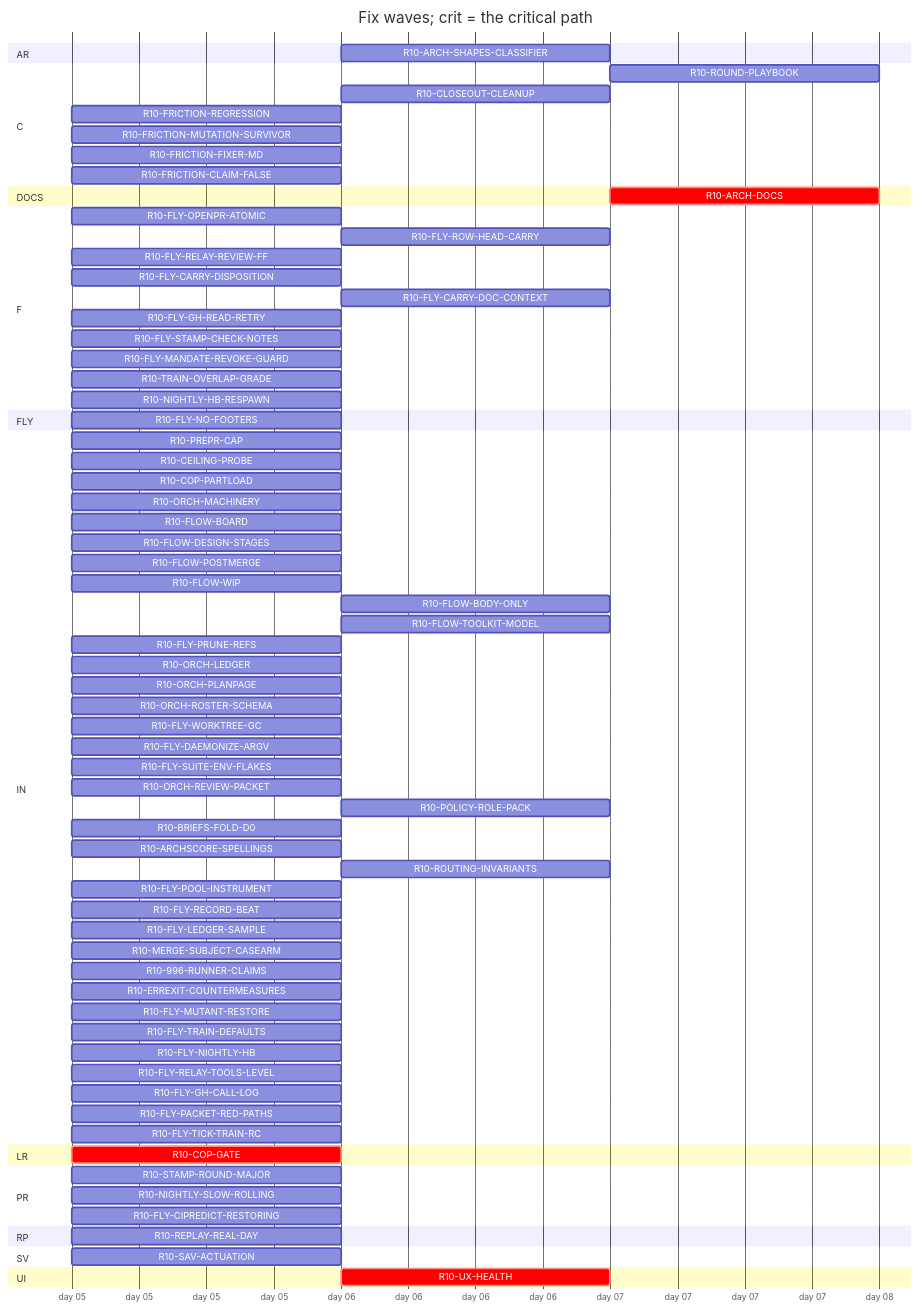
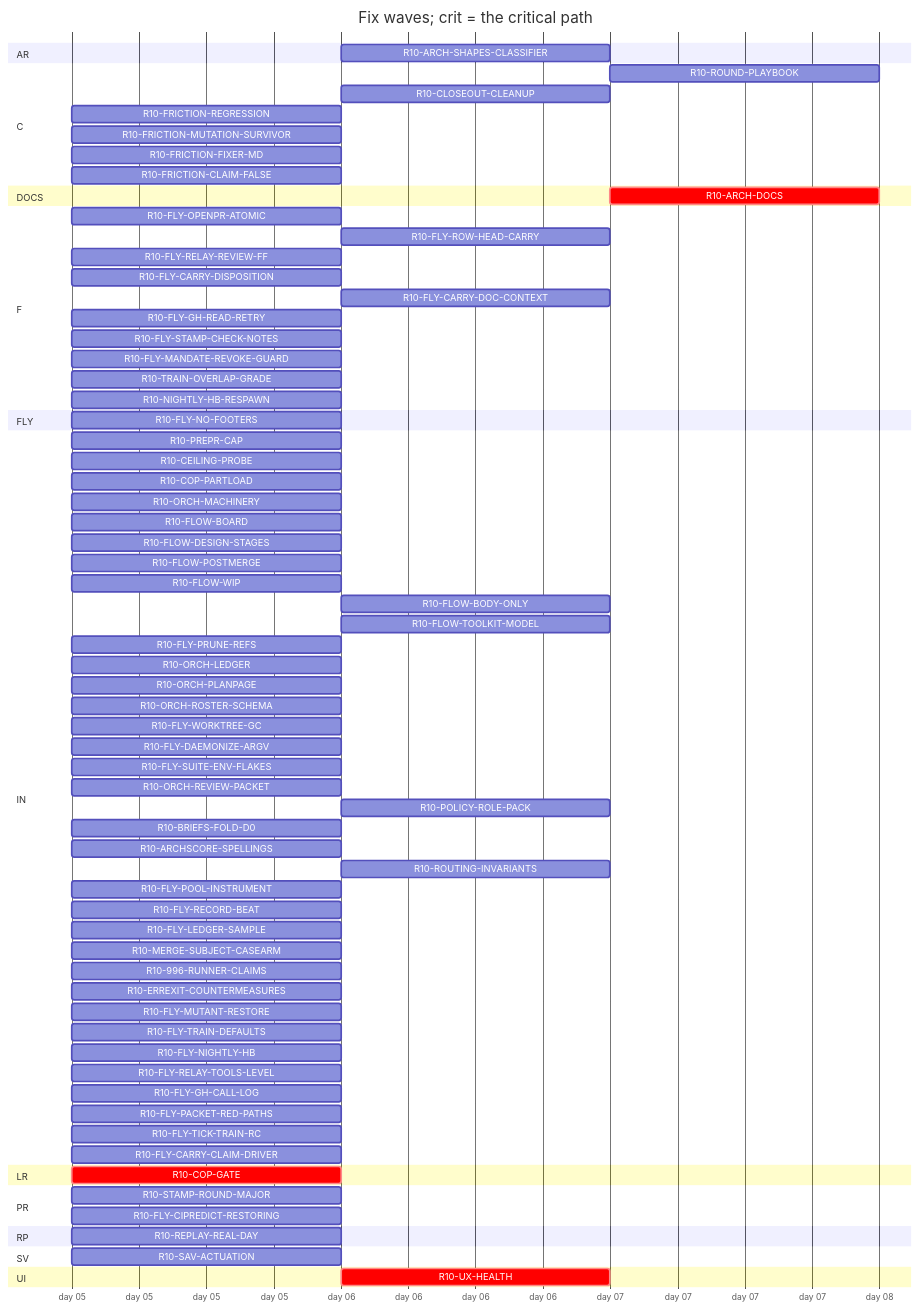
Before and after one commit to tvofi/heatpump_optimizer: the diagram in handoff/round10/state/PLAN-TABLE.md, drawn with Mermaid. The commit also changed other lines of this file and 3 other files, not shown here.

Commit message:
state: FLOW-BOARD.md, NEXT-SESSION-PROMPT.md, PLAN-TABLE.md, RESUME-CURRENT.md regenerated (state_docs.py)

````diff
--- a/handoff/round10/state/PLAN-TABLE.md
+++ b/handoff/round10/state/PLAN-TABLE.md
@@ -24,78 +24,78 @@
 ```mermaid
 gantt
   title Fix waves; crit = the critical path
   dateFormat YYYY-MM-DD
   axisFormat day %d
   section AR
     R10-ARCH-SHAPES-CLASSIFIER :r10ARCHSHAPESCLASSIFIER, after r10996RUNNERCLAIMS, 1d
   section C
     R10-ROUND-PLAYBOOK :r10ROUNDPLAYBOOK, after r10ORCHLEDGER r10ORCHPLANPAGE r10FLYRELAYREVIEWFF r10FLOWBODYONLY, 1d
     R10-CLOSEOUT-CLEANUP :r10CLOSEOUTCLEANUP, after r10FLYPRUNEREFS r10FLYWORKTREEGC, 1d
     R10-FRICTION-REGRESSION :r10FRICTIONREGRESSION, 2026-01-05, 1d
     R10-FRICTION-MUTATION-SURVIVOR :r10FRICTIONMUTATIONSURVIVOR, 2026-01-05, 1d
     R10-FRICTION-FIXER-MD :r10FRICTIONFIXERMD, 2026-01-05, 1d
     R10-FRICTION-CLAIM-FALSE :r10FRICTIONCLAIMFALSE, 2026-01-05, 1d
   section DOCS
     R10-ARCH-DOCS :crit, r10ARCHDOCS, after r10COPGATE r10UXHEALTH r10CEILINGPROBE r10COPPARTLOAD r10FLOWBOARD r10FLOWDESIGNSTAGES r10FLOWPOSTMERGE r10FLOWWIP r10FLOWBODYONLY r10FLYOPENPRATOMIC r10FLYROWHEADCARRY r10FLYRELAYREVIEWFF r10FLYCARRYDISPOSITION r10FLYCARRYDOCCONTEXT r10FLOWTOOLKITMODEL r10FLYSTAMPCHECKNOTES r10FLYMANDATEREVOKEGUARD r10TRAINOVERLAPGRADE r10NIGHTLYHBRESPAWN r10FLYPRUNEREFS r10ORCHLEDGER r10ORCHPLANPAGE r10ORCHROSTERSCHEMA r10FLYWORKTREEGC r10FLYDAEMONIZEARGV r10ORCHREVIEWPACKET r10POLICYROLEPACK r10BRIEFSFOLDD0 r10REPLAYREALDAY r10ARCHSCORESPELLINGS r10SAVACTUATION r10FLYLEDGERSAMPLE, 1d
   section F
     R10-FLY-OPENPR-ATOMIC :r10FLYOPENPRATOMIC, 2026-01-05, 1d
     R10-FLY-ROW-HEAD-CARRY :r10FLYROWHEADCARRY, after r10FLYOPENPRATOMIC, 1d
     R10-FLY-RELAY-REVIEW-FF :r10FLYRELAYREVIEWFF, 2026-01-05, 1d
     R10-FLY-CARRY-DISPOSITION :r10FLYCARRYDISPOSITION, 2026-01-05, 1d
     R10-FLY-CARRY-DOC-CONTEXT :r10FLYCARRYDOCCONTEXT, after r10FLYGHREADRETRY, 1d
     R10-FLY-GH-READ-RETRY :r10FLYGHREADRETRY, 2026-01-05, 1d
     R10-FLY-STAMP-CHECK-NOTES :r10FLYSTAMPCHECKNOTES, 2026-01-05, 1d
     R10-FLY-MANDATE-REVOKE-GUARD :r10FLYMANDATEREVOKEGUARD, 2026-01-05, 1d
     R10-TRAIN-OVERLAP-GRADE :r10TRAINOVERLAPGRADE, 2026-01-05, 1d
     R10-NIGHTLY-HB-RESPAWN :r10NIGHTLYHBRESPAWN, 2026-01-05, 1d
   section FLY
     R10-FLY-NO-FOOTERS :r10FLYNOFOOTERS, 2026-01-05, 1d
   section IN
     R10-PREPR-CAP :r10PREPRCAP, 2026-01-05, 1d
     R10-CEILING-PROBE :r10CEILINGPROBE, 2026-01-05, 1d
     R10-COP-PARTLOAD :r10COPPARTLOAD, 2026-01-05, 1d
     R10-ORCH-MACHINERY :r10ORCHMACHINERY, 2026-01-05, 1d
     R10-FLOW-BOARD :r10FLOWBOARD, 2026-01-05, 1d
     R10-FLOW-DESIGN-STAGES :r10FLOWDESIGNSTAGES, 2026-01-05, 1d
     R10-FLOW-POSTMERGE :r10FLOWPOSTMERGE, 2026-01-05, 1d
     R10-FLOW-WIP :r10FLOWWIP, 2026-01-05, 1d
     R10-FLOW-BODY-ONLY :r10FLOWBODYONLY, after r10FLYOPENPRATOMIC, 1d
     R10-FLOW-TOOLKIT-MODEL :r10FLOWTOOLKITMODEL, after r10ORCHPLANPAGE, 1d
     R10-FLY-PRUNE-REFS :r10FLYPRUNEREFS, 2026-01-05, 1d
     R10-ORCH-LEDGER :r10ORCHLEDGER, 2026-01-05, 1d
     R10-ORCH-PLANPAGE :r10ORCHPLANPAGE, 2026-01-05, 1d
     R10-ORCH-ROSTER-SCHEMA :r10ORCHROSTERSCHEMA, 2026-01-05, 1d
     R10-FLY-WORKTREE-GC :r10FLYWORKTREEGC, 2026-01-05, 1d
     R10-FLY-DAEMONIZE-ARGV :r10FLYDAEMONIZEARGV, 2026-01-05, 1d
     R10-FLY-SUITE-ENV-FLAKES :r10FLYSUITEENVFLAKES, 2026-01-05, 1d
     R10-ORCH-REVIEW-PACKET :r10ORCHREVIEWPACKET, 2026-01-05, 1d
     R10-POLICY-ROLE-PACK :r10POLICYROLEPACK, after r10FLOWDESIGNSTAGES, 1d
     R10-BRIEFS-FOLD-D0 :r10BRIEFSFOLDD0, 2026-01-05, 1d
     R10-ARCHSCORE-SPELLINGS :r10ARCHSCORESPELLINGS, 2026-01-05, 1d
     R10-ROUTING-INVARIANTS :r10ROUTINGINVARIANTS, after r10ORCHROSTERSCHEMA, 1d
     R10-FLY-POOL-INSTRUMENT :r10FLYPOOLINSTRUMENT, 2026-01-05, 1d
     R10-FLY-RECORD-BEAT :r10FLYRECORDBEAT, 2026-01-05, 1d
     R10-FLY-LEDGER-SAMPLE :r10FLYLEDGERSAMPLE, 2026-01-05, 1d
     R10-MERGE-SUBJECT-CASEARM :r10MERGESUBJECTCASEARM, 2026-01-05, 1d
     R10-996-RUNNER-CLAIMS :r10996RUNNERCLAIMS, 2026-01-05, 1d
     R10-ERREXIT-COUNTERMEASURES :r10ERREXITCOUNTERMEASURES, 2026-01-05, 1d
     R10-FLY-MUTANT-RESTORE :r10FLYMUTANTRESTORE, 2026-01-05, 1d
     R10-FLY-TRAIN-DEFAULTS :r10FLYTRAINDEFAULTS, 2026-01-05, 1d
     R10-FLY-NIGHTLY-HB :r10FLYNIGHTLYHB, 2026-01-05, 1d
     R10-FLY-RELAY-TOOLS-LEVEL :r10FLYRELAYTOOLSLEVEL, 2026-01-05, 1d
     R10-FLY-GH-CALL-LOG :r10FLYGHCALLLOG, 2026-01-05, 1d
     R10-FLY-PACKET-RED-PATHS :r10FLYPACKETREDPATHS, 2026-01-05, 1d
     R10-FLY-TICK-TRAIN-RC :r10FLYTICKTRAINRC, 2026-01-05, 1d
+    R10-FLY-CARRY-CLAIM-DRIVER :r10FLYCARRYCLAIMDRIVER, 2026-01-05, 1d
   section LR
     R10-COP-GATE :crit, r10COPGATE, 2026-01-05, 1d
   section PR
     R10-STAMP-ROUND-MAJOR :r10STAMPROUNDMAJOR, 2026-01-05, 1d
-    R10-NIGHTLY-SLOW-ROLLING :r10NIGHTLYSLOWROLLING, 2026-01-05, 1d
     R10-FLY-CIPREDICT-RESTORING :r10FLYCIPREDICTRESTORING, 2026-01-05, 1d
   section RP
     R10-REPLAY-REAL-DAY :r10REPLAYREALDAY, 2026-01-05, 1d
   section SV
     R10-SAV-ACTUATION :r10SAVACTUATION, 2026-01-05, 1d
   section UI
     R10-UX-HEALTH :crit, r10UXHEALTH, after r10COPGATE, 1d
 ```
````
